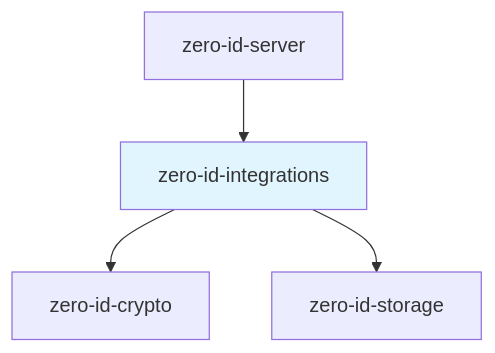
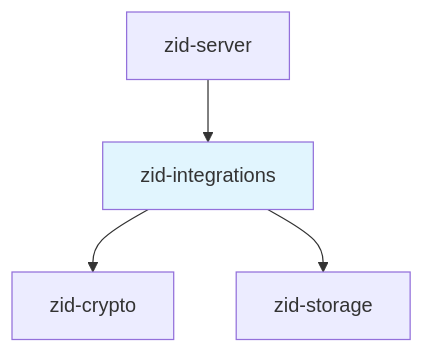
One commit to cypher-asi/zero-auth changed the first of 7 diagrams in docs/spec/v0.1/05-integrations.md. Above: the diagram before and after it, drawn with Mermaid. The commit also changed other lines of this file and 240 other files, not shown here.

Commit message:
refactor: shorten crate names from zero-id-* to zid-* prefix

````diff
--- a/docs/spec/v0.1/05-integrations.md
+++ b/docs/spec/v0.1/05-integrations.md
@@ -26,13 +26,13 @@
 ```mermaid
 graph TD
-    CRYPTO[zero-id-crypto]
-    STORAGE[zero-id-storage]
-    INTEGRATIONS[zero-id-integrations]
+    CRYPTO[zid-crypto]
+    STORAGE[zid-storage]
+    INTEGRATIONS[zid-integrations]
     
     INTEGRATIONS --> CRYPTO
     INTEGRATIONS --> STORAGE
     
-    SERVER[zero-id-server] --> INTEGRATIONS
+    SERVER[zid-server] --> INTEGRATIONS
     
     style INTEGRATIONS fill:#e1f5fe
 ```
````
